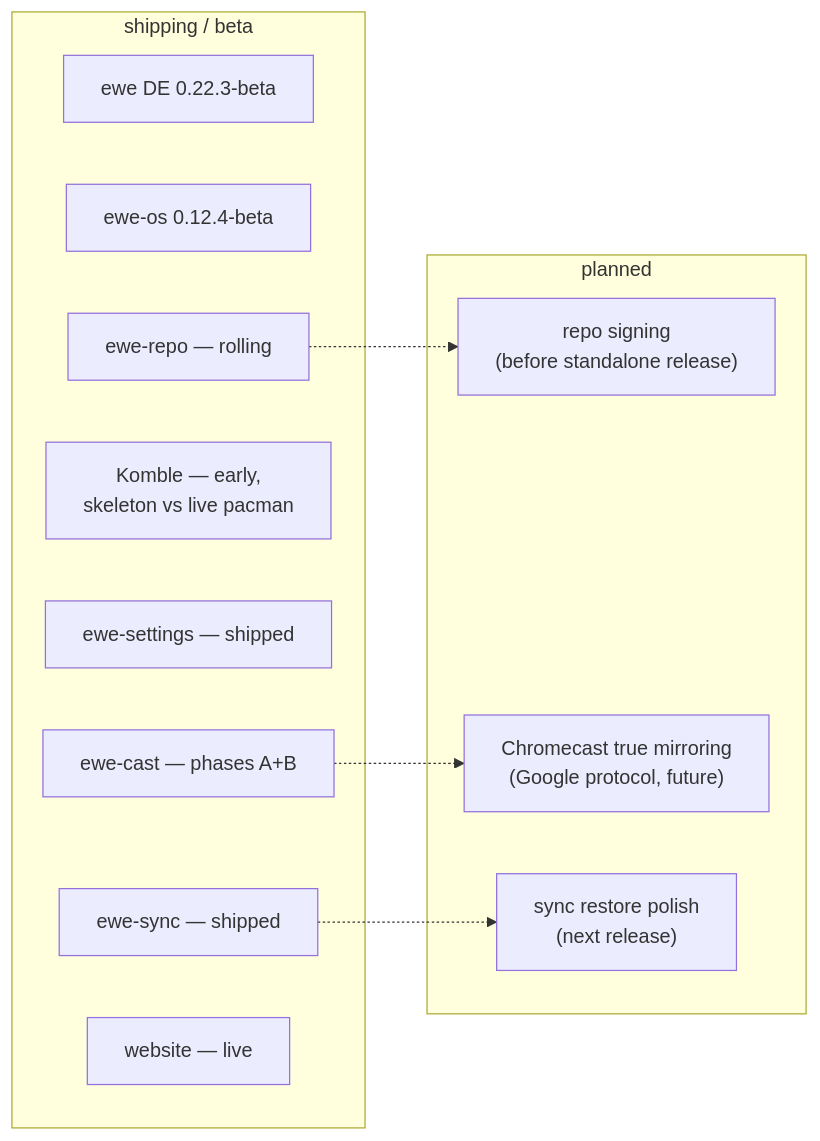
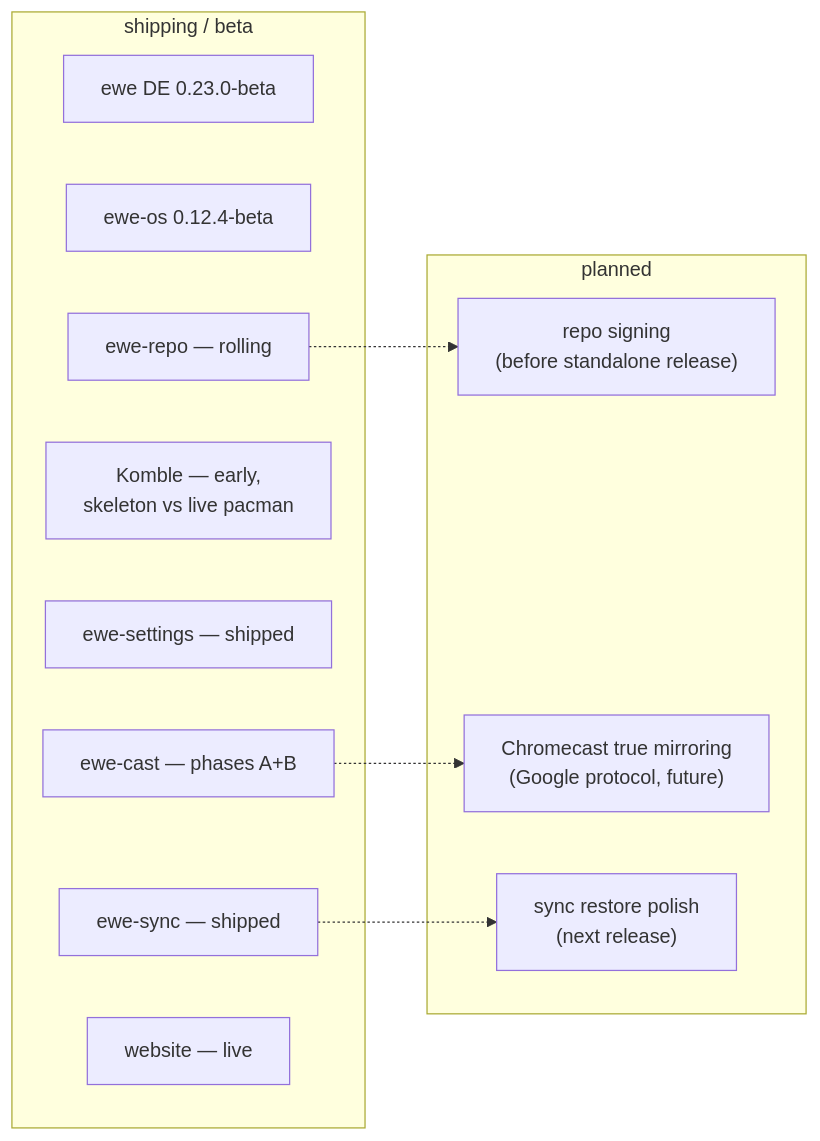
One commit to prj786/ewe-map changed the diagram in 01-Overview/Roadmap and Status.md. Above: the diagram before and after it, drawn with Mermaid. The commit also changed other lines of this file and 2 other files, not shown here.

Commit message:
vault: ewe DE 0.23.0-beta
Claude-Session: https://claude.ai/code/session_01QjFzzasLS4B6nHrHByx66x

````diff
--- a/01-Overview/Roadmap and Status.md
+++ b/01-Overview/Roadmap and Status.md
@@ -30,21 +30,21 @@
 ```mermaid
 flowchart LR
     subgraph shipping["shipping / beta"]
-        EWE["ewe DE 0.22.3-beta"]
+        EWE["ewe DE 0.23.0-beta"]
         OS["ewe-os 0.12.4-beta"]
         REPO["ewe-repo — rolling"]
         K["Komble — early,<br/>skeleton vs live pacman"]
         S["ewe-settings — shipped"]
         SY["ewe-sync — shipped"]
         CAST["ewe-cast — phases A+B"]
         WEB["website — live"]
     end
     subgraph planned["planned"]
         SIGN["repo signing<br/>(before standalone release)"]
         MIRROR["Chromecast true mirroring<br/>(Google protocol, future)"]
         REST["sync restore polish<br/>(next release)"]
     end
     REPO -.-> SIGN
     CAST -.-> MIRROR
     SY -.-> REST
 ```
````
